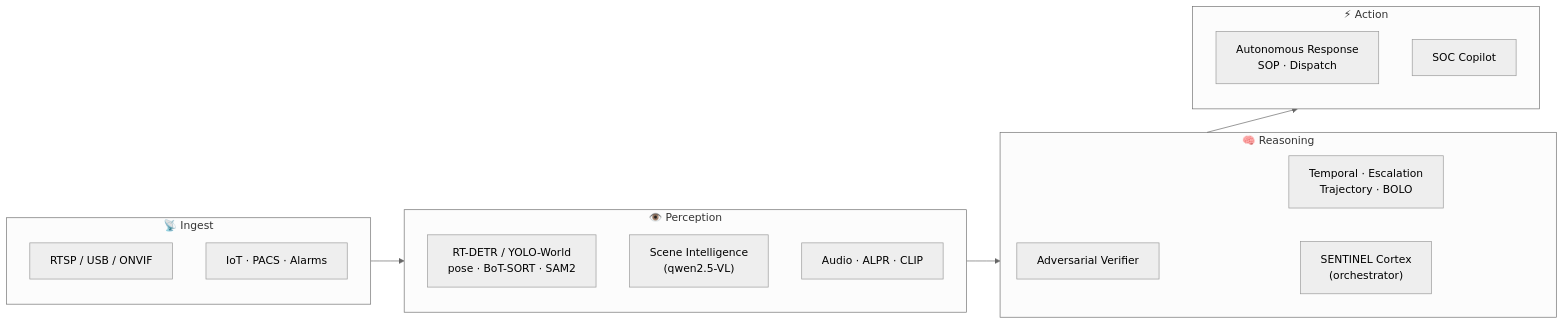
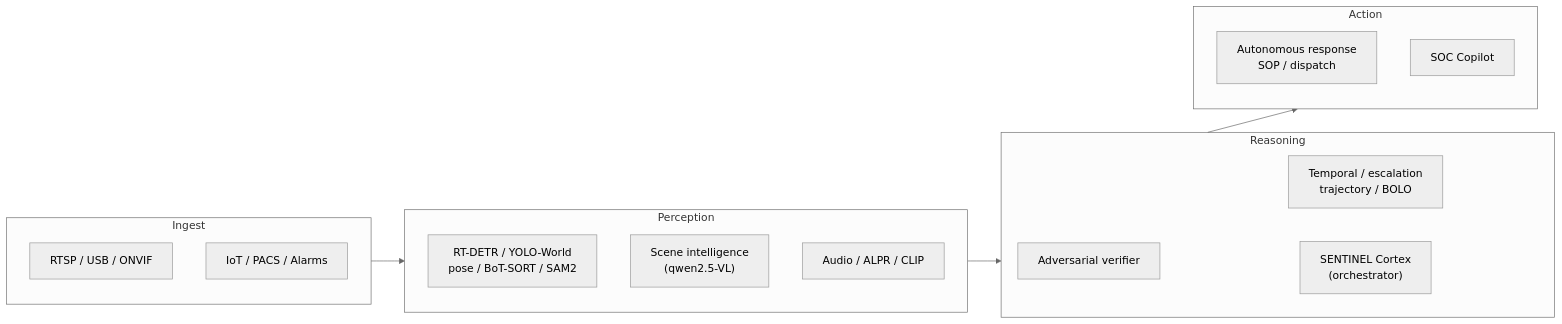
The diagram in README.md (Sherin-SEF-AI/Sentigon), drawn with Mermaid (neutral theme) before and after one commit. The commit also changed other lines of this file, not shown here.

````diff
--- a/README.md
+++ b/README.md
@@ -131,23 +128,23 @@
 ```mermaid
 flowchart LR
-    subgraph Ingest["📡 Ingest"]
+    subgraph Ingest["Ingest"]
       CAM["RTSP / USB / ONVIF"]
-      IOT["IoT · PACS · Alarms"]
+      IOT["IoT / PACS / Alarms"]
     end
-    subgraph Perceive["👁️ Perception"]
-      DET["RT-DETR / YOLO-World<br/>pose · BoT-SORT · SAM2"]
-      VLM["Scene Intelligence<br/>(qwen2.5-VL)"]
-      AUD["Audio · ALPR · CLIP"]
+    subgraph Perceive["Perception"]
+      DET["RT-DETR / YOLO-World<br/>pose / BoT-SORT / SAM2"]
+      VLM["Scene intelligence<br/>(qwen2.5-VL)"]
+      AUD["Audio / ALPR / CLIP"]
     end
-    subgraph Reason["🧠 Reasoning"]
-      VERIFY["Adversarial Verifier"]
-      TEMP["Temporal · Escalation<br/>Trajectory · BOLO"]
+    subgraph Reason["Reasoning"]
+      VERIFY["Adversarial verifier"]
+      TEMP["Temporal / escalation<br/>trajectory / BOLO"]
       CORTEX["SENTINEL Cortex<br/>(orchestrator)"]
     end
-    subgraph Act["⚡ Action"]
-      RESP["Autonomous Response<br/>SOP · Dispatch"]
+    subgraph Act["Action"]
+      RESP["Autonomous response<br/>SOP / dispatch"]
       COPILOT["SOC Copilot"]
     end
     Ingest --> Perceive --> Reason --> Act
     Reason <--> CORTEX
 ```
````
